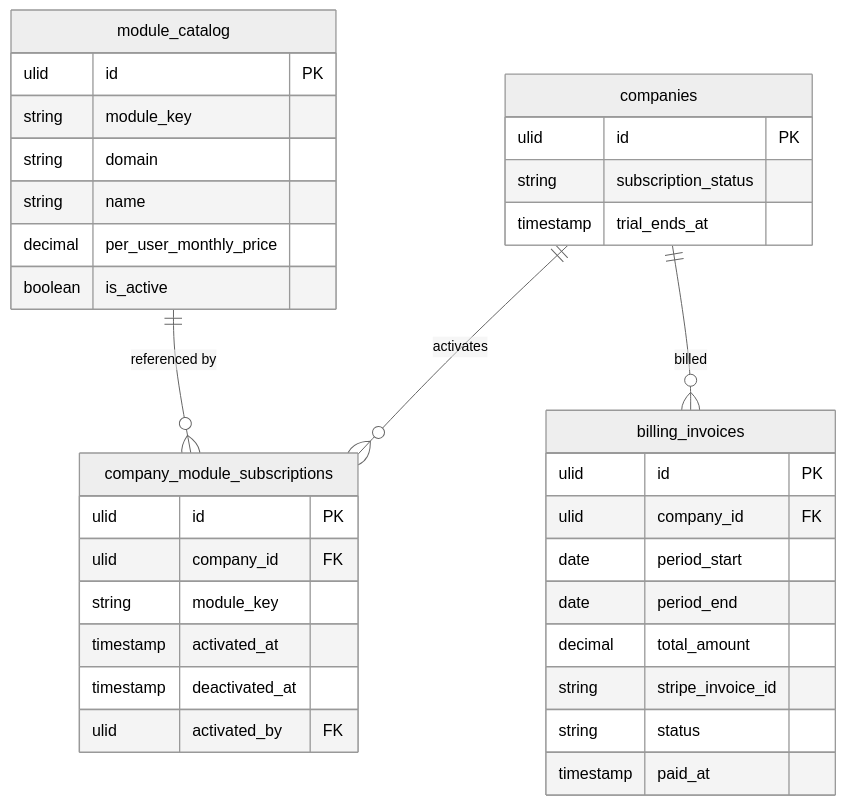
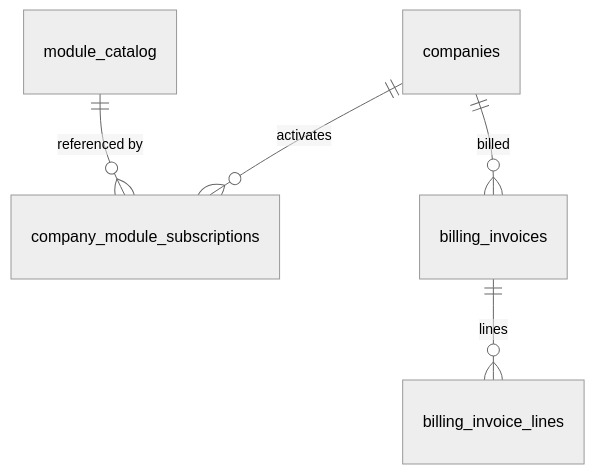
One commit to Max-Nijenkamp/FlowFlex changed the diagram in vault/domains/core/billing-engine.md. Above: the diagram before and after it, drawn with Mermaid (neutral theme). The commit also changed other lines of this file and 17 other files, not shown here.

````diff
--- a/vault/domains/core/billing-engine.md
+++ b/vault/domains/core/billing-engine.md
@@ -39,37 +101,7 @@
 ```mermaid
 erDiagram
-    companies {
-        ulid id PK
-        string subscription_status
-        timestamp trial_ends_at
-    }
-    module_catalog {
-        ulid id PK
-        string module_key
-        string domain
-        string name
-        decimal per_user_monthly_price
-        boolean is_active
-    }
-    company_module_subscriptions {
-        ulid id PK
-        ulid company_id FK
-        string module_key
-        timestamp activated_at
-        timestamp deactivated_at
-        ulid activated_by FK
-    }
-    billing_invoices {
-        ulid id PK
-        ulid company_id FK
-        date period_start
-        date period_end
-        decimal total_amount
-        string stripe_invoice_id
-        string status
-        timestamp paid_at
-    }
     companies ||--o{ company_module_subscriptions : "activates"
     companies ||--o{ billing_invoices : "billed"
     module_catalog ||--o{ company_module_subscriptions : "referenced by"
+    billing_invoices ||--o{ billing_invoice_lines : "lines"
 ```
````
